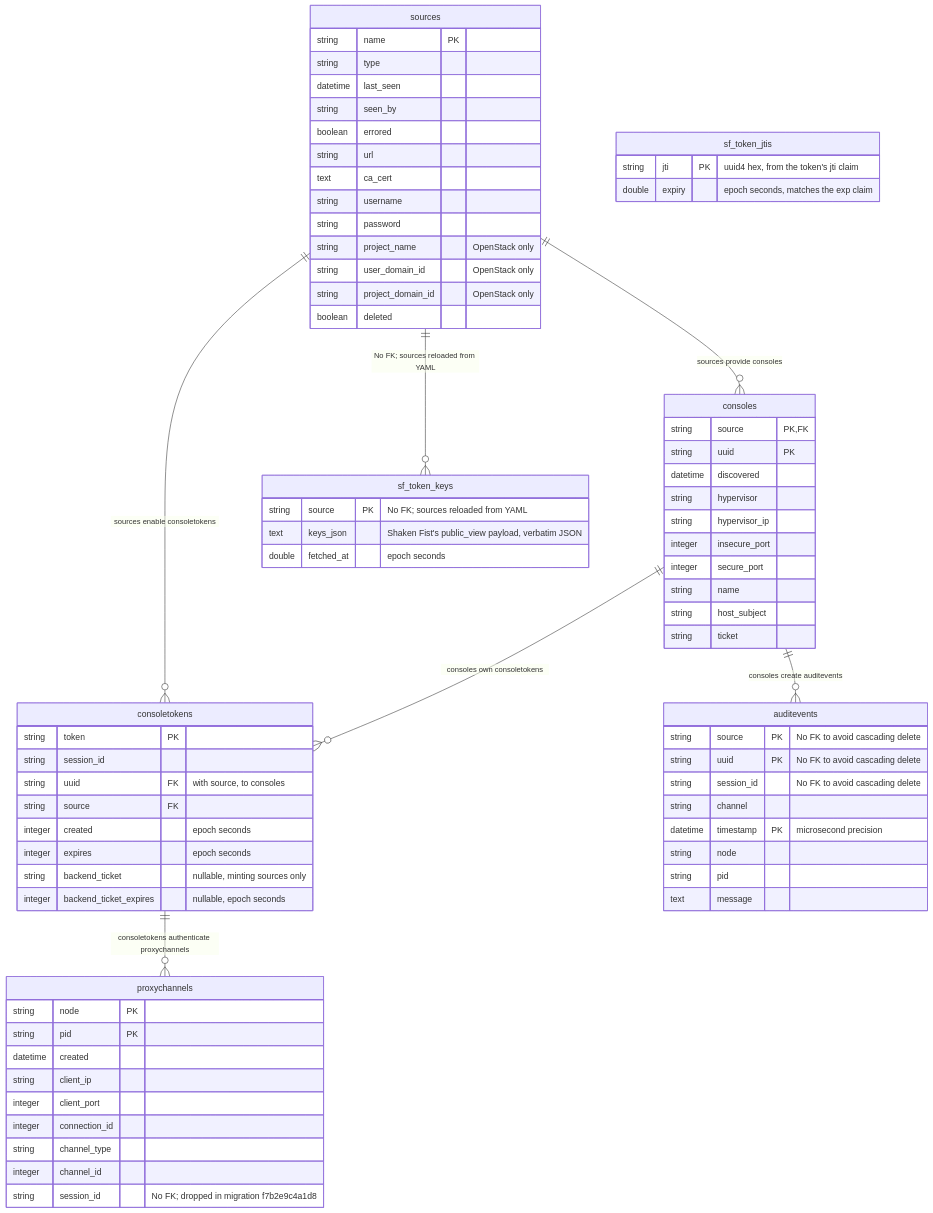
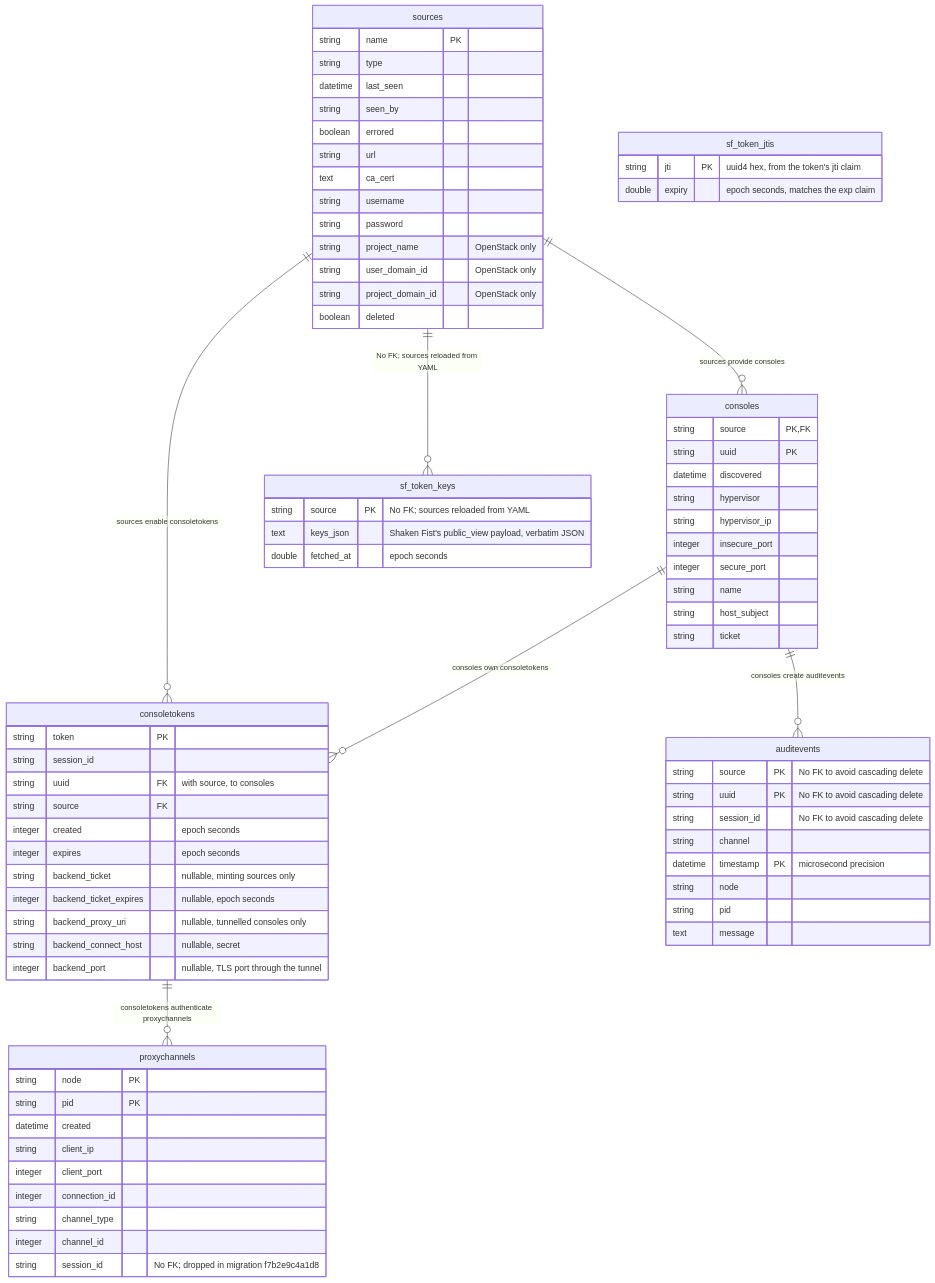
One commit to shakenfist/kerbside changed the diagram in docs/schema.md. Above: the diagram before and after it, drawn with Mermaid. The commit also changed other lines of this file and 5 other files, not shown here.

```diff
--- a/docs/schema.md
+++ b/docs/schema.md
@@ -47,6 +47,9 @@
         integer expires "epoch seconds"
         string backend_ticket "nullable, minting sources only"
         integer backend_ticket_expires "nullable, epoch seconds"
+        string backend_proxy_uri "nullable, tunnelled consoles only"
+        string backend_connect_host "nullable, secret"
+        integer backend_port "nullable, TLS port through the tunnel"
     }
 
     consoletokens ||--o{ proxychannels: "consoletokens authenticate proxychannels"
```
